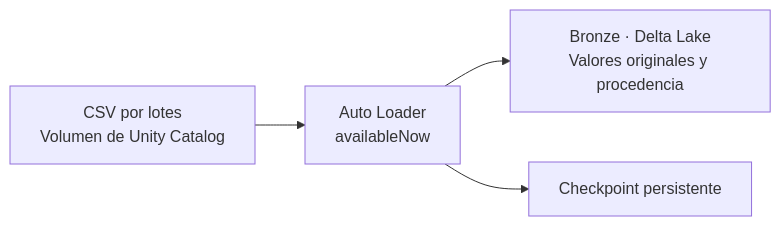
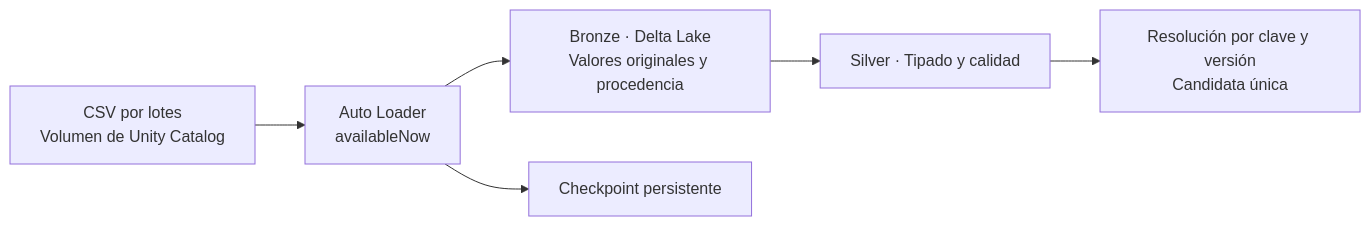
The diagram in README.md (lorenleey/LensData), drawn with Mermaid before and after one commit. The commit also changed other lines of this file and 12 other files, not shown here.

````diff
--- a/README.md
+++ b/README.md
@@ -11,6 +11,8 @@
 ```mermaid
 flowchart LR
     CSV["CSV por lotes<br/>Volumen de Unity Catalog"] --> AL["Auto Loader<br/>availableNow"]
     AL --> B["Bronze · Delta Lake<br/>Valores originales y procedencia"]
     AL --> CP["Checkpoint persistente"]
+    B --> S["Silver · Tipado y calidad"]
+    S --> R["Resolución por clave y versión<br/>Candidata única"]
 ```
````
